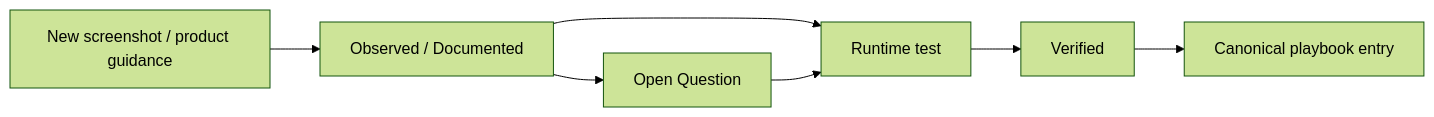
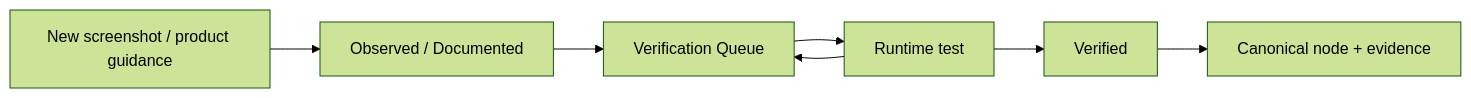
One commit to adityarane-ai/QI-Studio-Playbook changed the diagram in README.md. Above: the diagram before and after it, drawn with Mermaid (forest theme). The commit also changed other lines of this file, not shown here.

Commit message:
Add living verification queue to playbook index

````diff
--- a/README.md
+++ b/README.md
@@ -77,9 +84,9 @@
 ```mermaid
 flowchart LR
     E[New screenshot / product guidance] --> O[Observed / Documented]
-    O --> T[Runtime test]
+    O --> Q[Verification Queue]
+    Q --> T[Runtime test]
     T --> V[Verified]
-    V --> C[Canonical playbook entry]
-    O --> Q[Open Question]
-    Q --> T
+    V --> C[Canonical node + evidence]
+    T --> Q
 ```
````
